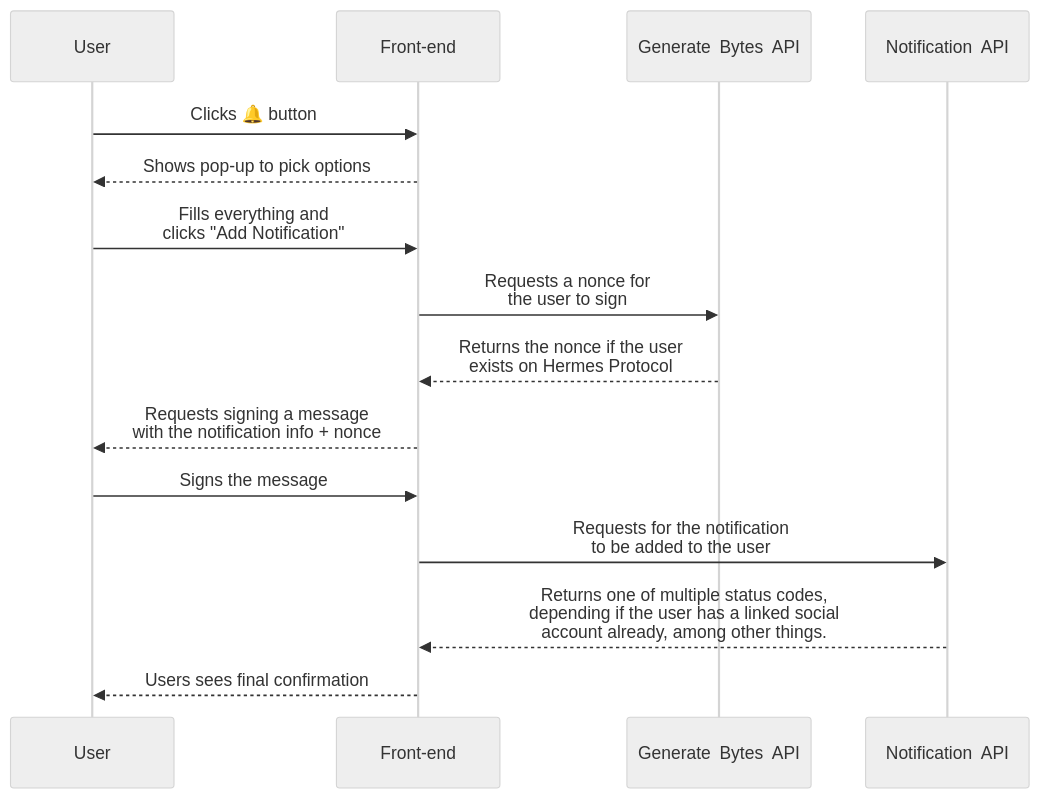
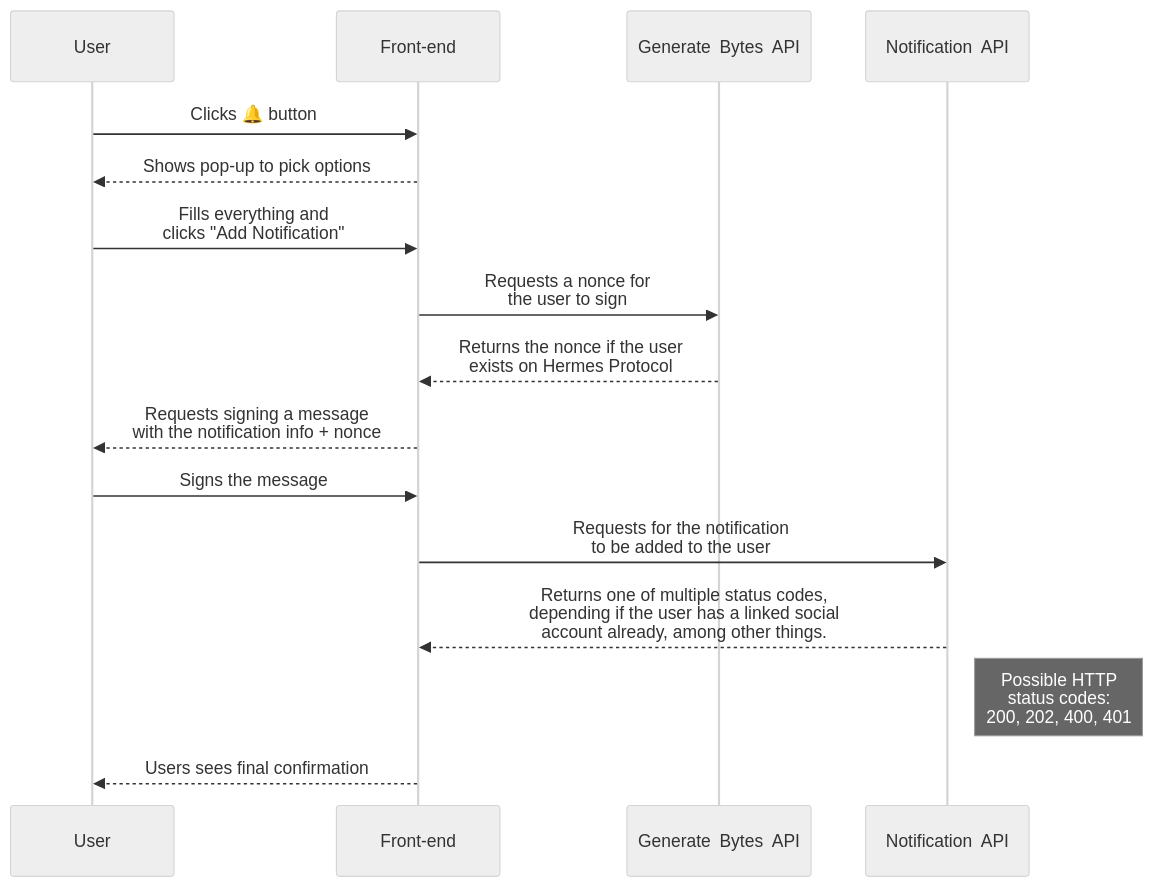
Before and after one commit to HermesProtocol-io/docs: the diagram in docs/api/index.mdx, drawn with Mermaid (neutral theme). The commit also changed 1 other file, not shown here.

Commit message:
Some +info RE the API

````diff
--- a/docs/api/index.mdx
+++ b/docs/api/index.mdx
@@ -28,17 +28,18 @@
 ```mermaid
 sequenceDiagram
     participant User
     participant Front-end
     participant Generate Bytes API
     participant Notification API
     User->>Front-end: Clicks 🔔 button
     Front-end-->>User: Shows pop-up to pick options
     User->>Front-end: Fills everything and <br/>clicks "Add Notification"
     Front-end->>Generate Bytes API: Requests a nonce for <br/>the user to sign
     Generate Bytes API-->>Front-end: Returns the nonce if the user <br/>exists on Hermes Protocol
     Front-end-->>User: Requests signing a message <br/>with the notification info + nonce
     User->>Front-end: Signs the message
     Front-end->>Notification API: Requests for the notification <br/>to be added to the user
     Notification API-->>Front-end: Returns one of multiple status codes, <br/>depending if the user has a linked social <br/>account already, among other things.
+    Note right of Notification API: Possible HTTP <br/>status codes: <br/>200, 202, 400, 401
     Front-end-->>User: Users sees final confirmation
 ```
````
